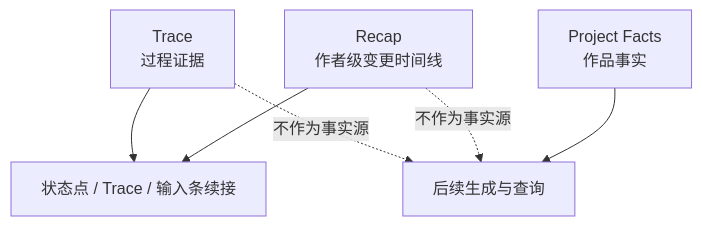
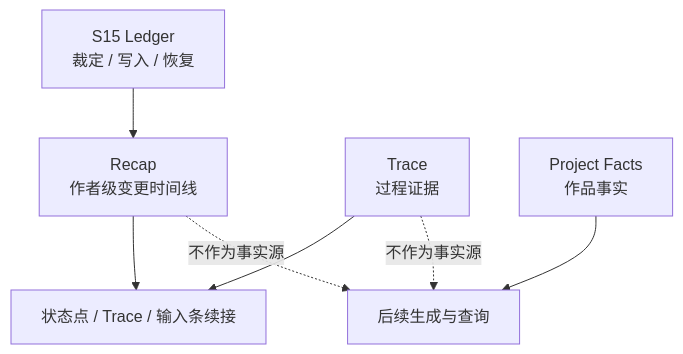
The first of 2 diagrams in spec/M17-turn-recap-and-continuation.md (jinhuang712/open-novel), drawn with Mermaid before and after one commit. The commit also changed other lines of this file and 12 other files, not shown here.

````diff
--- a/spec/M17-turn-recap-and-continuation.md
+++ b/spec/M17-turn-recap-and-continuation.md
@@ -23,8 +23,9 @@
 ```mermaid
 flowchart TB
   Recap["Recap<br/>作者级变更时间线"] --> UI["状态点 / Trace / 输入条续接"]
+  Ledger["S15 Ledger<br/>裁定 / 写入 / 恢复"] --> Recap
   Trace["Trace<br/>过程证据"] --> UI
   Facts["Project Facts<br/>作品事实"] --> Agent["后续生成与查询"]
   Recap -.不作为事实源.-> Agent
   Trace -.不作为事实源.-> Agent
 ```
````
